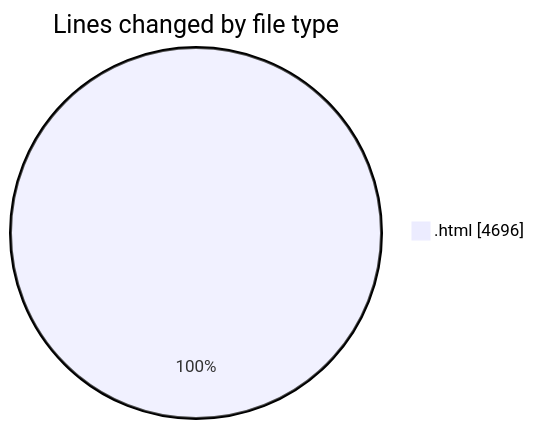
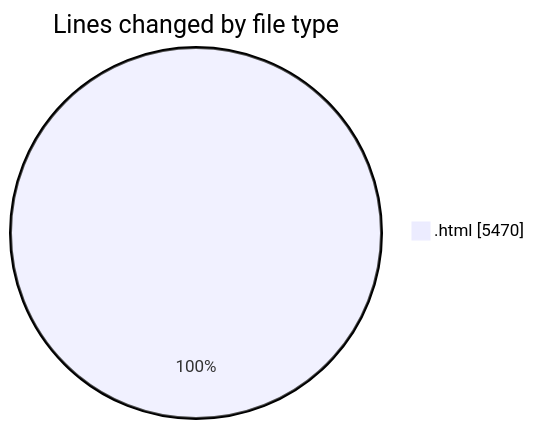
The first of 2 diagrams in 2025-04-24/desktop/README.md (LanceThiago/code-tracking), drawn with Mermaid before and after one commit. The commit also changed other lines of this file and 1 other file, not shown here.

````diff
--- a/2025-04-24/desktop/README.md
+++ b/2025-04-24/desktop/README.md
@@ -20,5 +20,5 @@
 ```mermaid
 pie showData
 title Lines changed by file type
-".html" : 4696
+".html" : 5470
 ```
````
